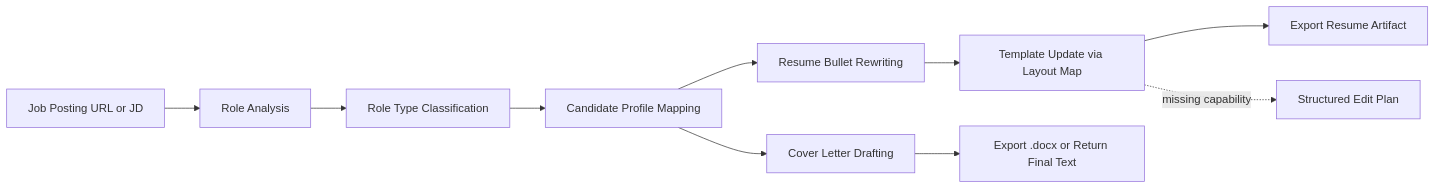
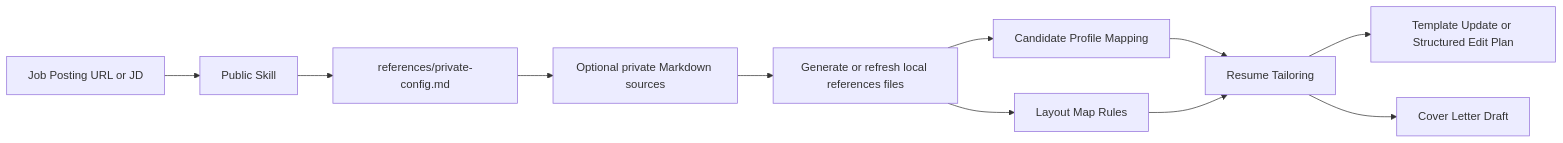
The diagram in README.md (zaneding/offerhelper), drawn with Mermaid before and after one commit. The commit also changed other lines of this file and 13 other files, not shown here.

Commit message:
refactor: sanitize public skill and document private repo workflow

````diff
--- a/README.md
+++ b/README.md
@@ -29,12 +30,13 @@
 ```mermaid
 flowchart LR
-    A[Job Posting URL or JD] --> B[Role Analysis]
-    B --> C[Role Type Classification]
-    C --> D[Candidate Profile Mapping]
-    D --> E[Resume Bullet Rewriting]
-    D --> F[Cover Letter Drafting]
-    E --> G[Template Update via Layout Map]
-    G --> H[Export Resume Artifact]
-    F --> I[Export .docx or Return Final Text]
-    G -. missing capability .-> J[Structured Edit Plan]
+    A[Job Posting URL or JD] --> B[Public Skill]
+    B --> C[references/private-config.md]
+    C --> D[Optional private Markdown sources]
+    D --> E[Generate or refresh local references files]
+    E --> F[Candidate Profile Mapping]
+    E --> G[Layout Map Rules]
+    F --> H[Resume Tailoring]
+    G --> H
+    H --> I[Template Update or Structured Edit Plan]
+    H --> J[Cover Letter Draft]
 ```
````
